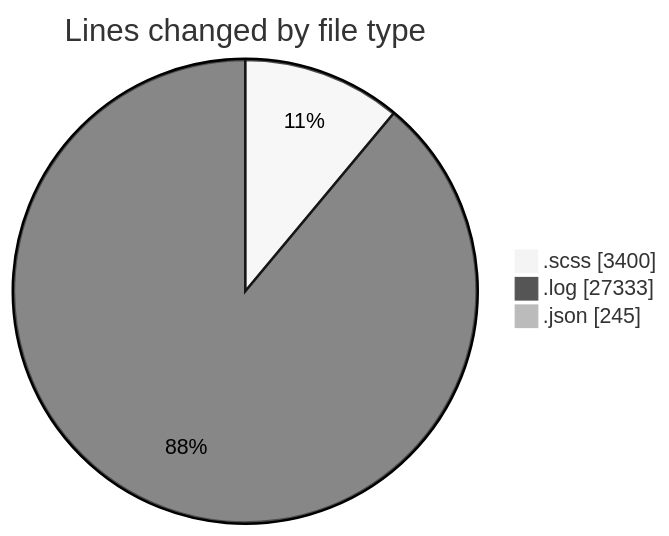
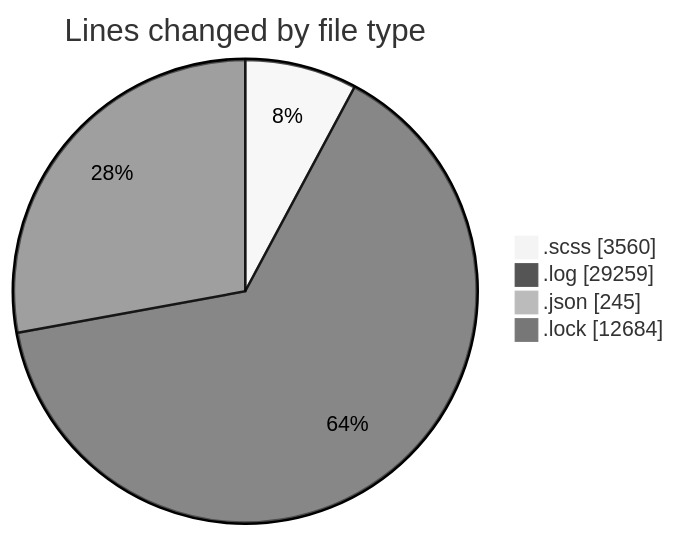
One commit to momahboobian/code-tracking changed the first of 2 diagrams in 2026-01-21/cda/README.md. Above: the diagram before and after it, drawn with Mermaid (neutral theme). The commit also changed other lines of this file and 1 other file, not shown here.

````diff
--- a/2026-01-21/cda/README.md
+++ b/2026-01-21/cda/README.md
@@ -39,7 +40,8 @@
 ```mermaid
 pie showData
 title Lines changed by file type
-".scss" : 3400
-".log" : 27333
+".scss" : 3560
+".log" : 29259
 ".json" : 245
+".lock" : 12684
 ```
````
